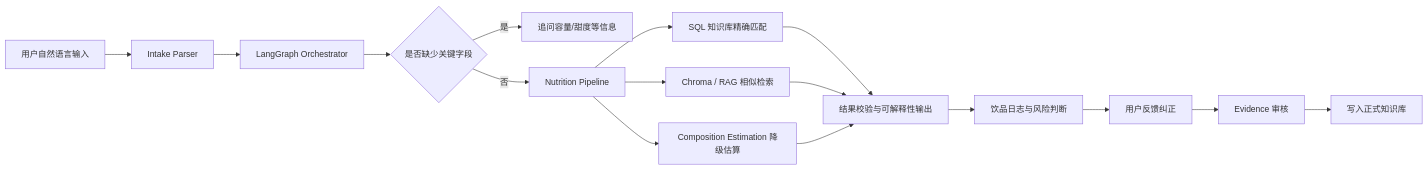
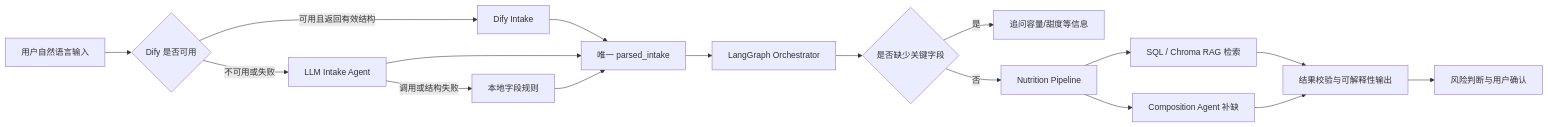
Before and after one commit to Jessiegantang/Caffeine-and-Sugar-Tracker-----: the diagram in README.md, drawn with Mermaid. The commit also changed other lines of this file and 9 other files, not shown here.

````diff
--- a/README.md
+++ b/README.md
@@ -27,18 +27,19 @@
 ```mermaid
 flowchart LR
-  A["用户自然语言输入"] --> B["Intake Parser"]
-  B --> C["LangGraph Orchestrator"]
-  C --> D{"是否缺少关键字段"}
-  D -->|是| E["追问容量/甜度等信息"]
-  D -->|否| F["Nutrition Pipeline"]
-  F --> G["SQL 知识库精确匹配"]
-  F --> H["Chroma / RAG 相似检索"]
-  F --> I["Composition Estimation 降级估算"]
-  G --> J["结果校验与可解释性输出"]
-  H --> J
-  I --> J
-  J --> K["饮品日志与风险判断"]
-  K --> L["用户反馈纠正"]
-  L --> M["Evidence 审核"]
-  M --> N["写入正式知识库"]
+  A["用户自然语言输入"] --> B{"Dify 是否可用"}
+  B -->|可用且返回有效结构| C["Dify Intake"]
+  B -->|不可用或失败| D["LLM Intake Agent"]
+  D -->|调用或结构失败| E["本地字段规则"]
+  C --> F["唯一 parsed_intake"]
+  D --> F
+  E --> F
+  F --> G["LangGraph Orchestrator"]
+  G --> H{"是否缺少关键字段"}
+  H -->|是| I["追问容量/甜度等信息"]
+  H -->|否| J["Nutrition Pipeline"]
+  J --> K["SQL / Chroma RAG 检索"]
+  J --> L["Composition Agent 补缺"]
+  K --> M["结果校验与可解释性输出"]
+  L --> M
+  M --> N["风险判断与用户确认"]
 ```
````
